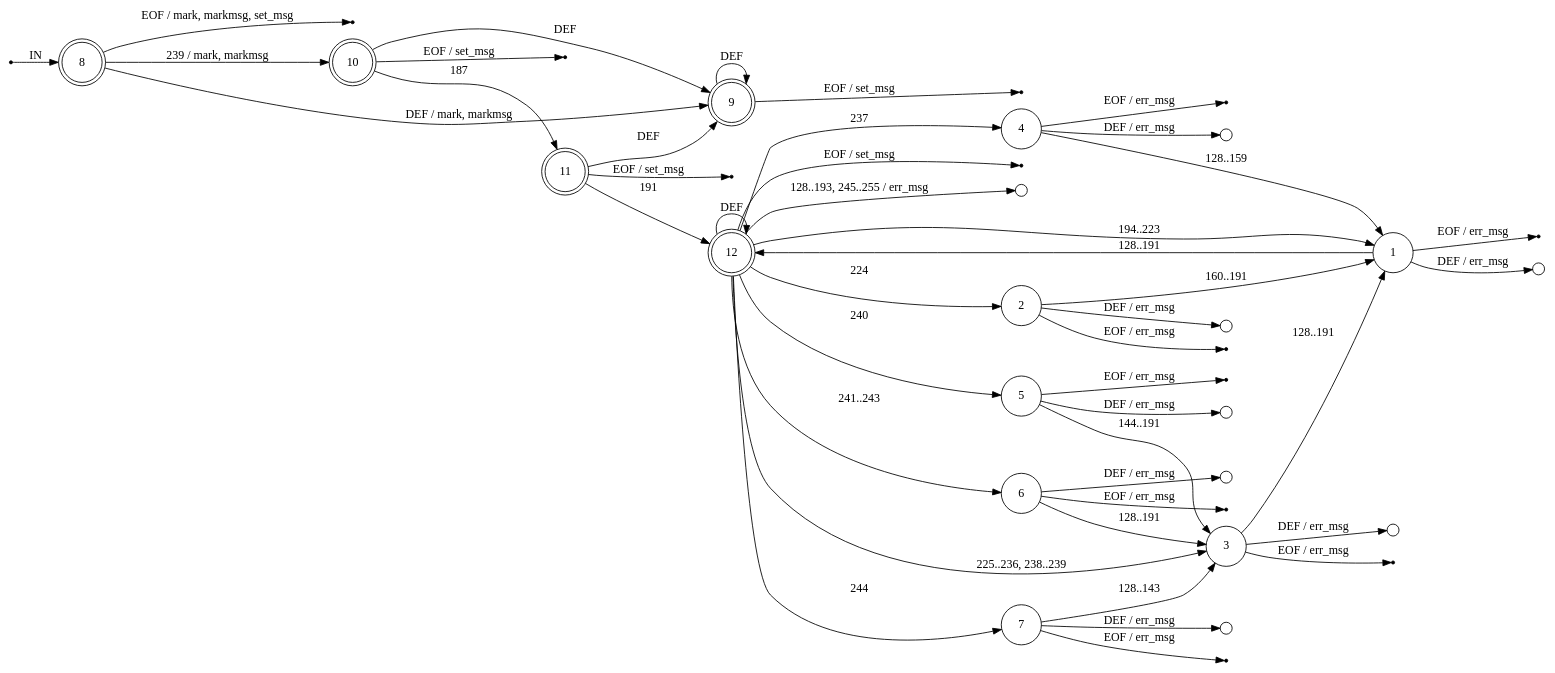
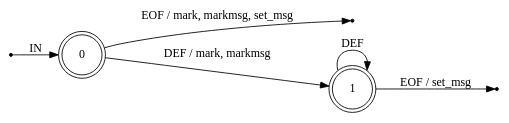
Before and after one commit to influxdata/go-syslog: the diagram in docs/rfc5424_msg_any.dot, drawn with Graphviz. The commit also changed 5 other files, not shown here.

```diff
--- a/docs/rfc5424_msg_any.dot
+++ b/docs/rfc5424_msg_any.dot
@@ -1,76 +1,17 @@
 digraph rfc5424 {
 	rankdir=LR;
 	node [ shape = point ];
 	ENTRY;
+	eof_0;
 	eof_1;
-	eof_2;
-	eof_3;
-	eof_4;
-	eof_5;
-	eof_6;
-	eof_7;
-	eof_8;
-	eof_9;
-	eof_10;
-	eof_11;
-	eof_12;
 	node [ shape = circle, height = 0.2 ];
-	err_1 [ label=""];
-	err_2 [ label=""];
-	err_3 [ label=""];
-	err_4 [ label=""];
-	err_5 [ label=""];
-	err_6 [ label=""];
-	err_7 [ label=""];
-	err_12 [ label=""];
 	node [ fixedsize = true, height = 0.65, shape = doublecircle ];
-	8;
-	9;
-	10;
-	11;
-	12;
+	0;
+	1;
 	node [ shape = circle ];
-	1 -> 12 [ label = "128..191" ];
-	1 -> err_1 [ label = "DEF / err_msg" ];
-	2 -> 1 [ label = "160..191" ];
-	2 -> err_2 [ label = "DEF / err_msg" ];
-	3 -> 1 [ label = "128..191" ];
-	3 -> err_3 [ label = "DEF / err_msg" ];
-	4 -> 1 [ label = "128..159" ];
-	4 -> err_4 [ label = "DEF / err_msg" ];
-	5 -> 3 [ label = "144..191" ];
-	5 -> err_5 [ label = "DEF / err_msg" ];
-	6 -> 3 [ label = "128..191" ];
-	6 -> err_6 [ label = "DEF / err_msg" ];
-	7 -> 3 [ label = "128..143" ];
-	7 -> err_7 [ label = "DEF / err_msg" ];
-	8 -> 10 [ label = "239 / mark, markmsg" ];
-	8 -> 9 [ label = "DEF / mark, markmsg" ];
-	9 -> 9 [ label = "DEF" ];
-	10 -> 11 [ label = "187" ];
-	10 -> 9 [ label = "DEF" ];
-	11 -> 12 [ label = "191" ];
-	11 -> 9 [ label = "DEF" ];
-	12 -> err_12 [ label = "128..193, 245..255 / err_msg" ];
-	12 -> 1 [ label = "194..223" ];
-	12 -> 2 [ label = "224" ];
-	12 -> 3 [ label = "225..236, 238..239" ];
-	12 -> 4 [ label = "237" ];
-	12 -> 5 [ label = "240" ];
-	12 -> 6 [ label = "241..243" ];
-	12 -> 7 [ label = "244" ];
-	12 -> 12 [ label = "DEF" ];
-	ENTRY -> 8 [ label = "IN" ];
-	1 -> eof_1 [ label = "EOF / err_msg" ];
-	2 -> eof_2 [ label = "EOF / err_msg" ];
-	3 -> eof_3 [ label = "EOF / err_msg" ];
-	4 -> eof_4 [ label = "EOF / err_msg" ];
-	5 -> eof_5 [ label = "EOF / err_msg" ];
-	6 -> eof_6 [ label = "EOF / err_msg" ];
-	7 -> eof_7 [ label = "EOF / err_msg" ];
-	8 -> eof_8 [ label = "EOF / mark, markmsg, set_msg" ];
-	9 -> eof_9 [ label = "EOF / set_msg" ];
-	10 -> eof_10 [ label = "EOF / set_msg" ];
-	11 -> eof_11 [ label = "EOF / set_msg" ];
-	12 -> eof_12 [ label = "EOF / set_msg" ];
+	0 -> 1 [ label = "DEF / mark, markmsg" ];
+	1 -> 1 [ label = "DEF" ];
+	ENTRY -> 0 [ label = "IN" ];
+	0 -> eof_0 [ label = "EOF / mark, markmsg, set_msg" ];
+	1 -> eof_1 [ label = "EOF / set_msg" ];
 }
```
